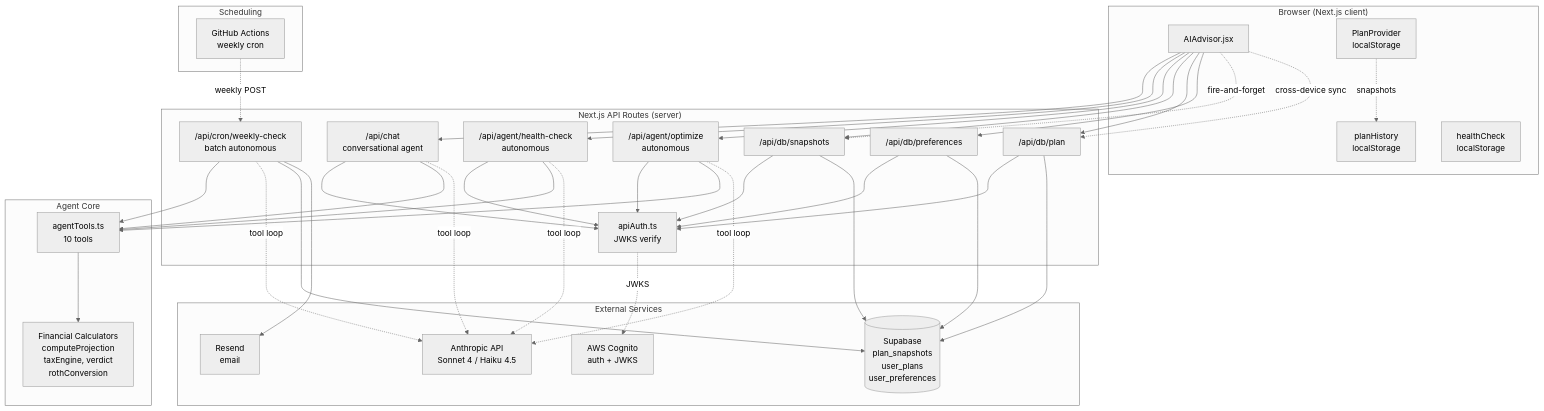
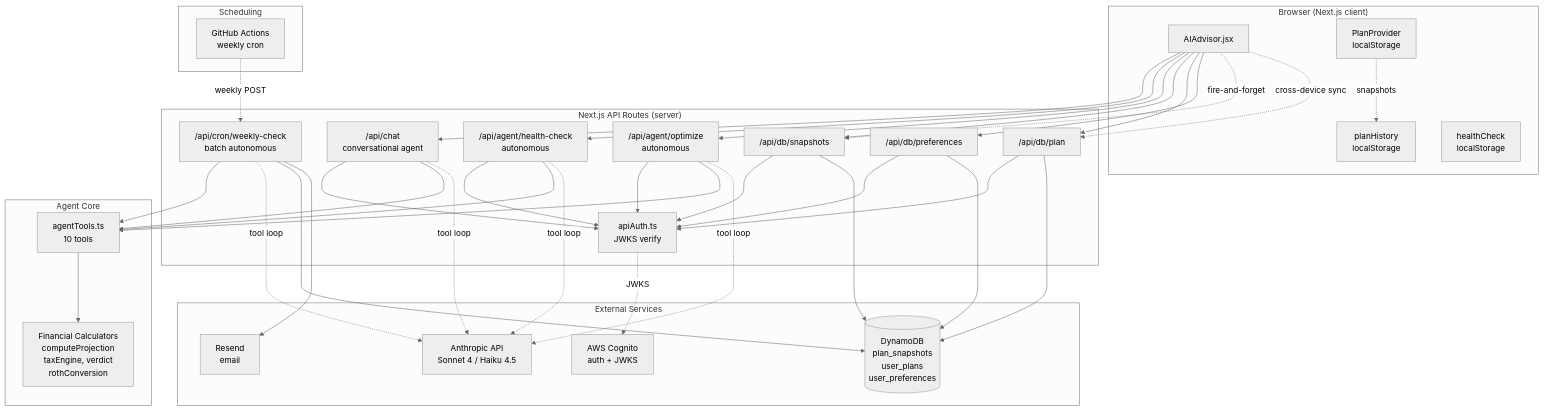
The first of 4 diagrams in ARCHITECTURE.md (keeplearnin/retirement-simplified-nextjs), drawn with Mermaid (neutral theme) before and after one commit. The commit also changed other lines of this file and 9 other files, not shown here.

````diff
--- a/ARCHITECTURE.md
+++ b/ARCHITECTURE.md
@@ -21,74 +21,74 @@
 ```mermaid
 graph TB
     subgraph Client["Browser (Next.js client)"]
         UI[AIAdvisor.jsx]
         Plan[PlanProvider<br/>localStorage]
         Hist[planHistory<br/>localStorage]
         Health[healthCheck<br/>localStorage]
     end
 
     subgraph API["Next.js API Routes (server)"]
         Auth[apiAuth.ts<br/>JWKS verify]
         Chat["/api/chat<br/>conversational agent"]
         HC["/api/agent/health-check<br/>autonomous"]
         Opt["/api/agent/optimize<br/>autonomous"]
         Cron["/api/cron/weekly-check<br/>batch autonomous"]
         DBSnap["/api/db/snapshots"]
         DBPlan["/api/db/plan"]
         DBPrefs["/api/db/preferences"]
     end
 
     subgraph Core["Agent Core"]
         Tools[agentTools.ts<br/>10 tools]
         Calc["Financial Calculators<br/>computeProjection<br/>taxEngine, verdict<br/>rothConversion"]
     end
 
     subgraph External["External Services"]
         Cognito[AWS Cognito<br/>auth + JWKS]
         Claude[Anthropic API<br/>Sonnet 4 / Haiku 4.5]
-        Supabase[(Supabase<br/>plan_snapshots<br/>user_plans<br/>user_preferences)]
+        Supabase[(DynamoDB<br/>plan_snapshots<br/>user_plans<br/>user_preferences)]
         Resend[Resend<br/>email]
     end
 
     subgraph Schedule["Scheduling"]
         GHA[GitHub Actions<br/>weekly cron]
     end
 
     UI --> Chat
     UI --> HC
     UI --> Opt
     UI --> DBSnap
     UI --> DBPlan
     UI --> DBPrefs
 
     Chat --> Auth
     HC --> Auth
     Opt --> Auth
     DBSnap --> Auth
     DBPlan --> Auth
     DBPrefs --> Auth
     Auth -.JWKS.-> Cognito
 
     Chat --> Tools
     HC --> Tools
     Opt --> Tools
     Cron --> Tools
     Tools --> Calc
 
     Chat -.tool loop.-> Claude
     HC -.tool loop.-> Claude
     Opt -.tool loop.-> Claude
     Cron -.tool loop.-> Claude
 
     DBSnap --> Supabase
     DBPlan --> Supabase
     DBPrefs --> Supabase
     Cron --> Supabase
     Cron --> Resend
 
     GHA -.weekly POST.-> Cron
 
     Plan -.snapshots.-> Hist
     UI -.fire-and-forget.-> DBSnap
     UI -.cross-device sync.-> DBPlan
 ```
````
